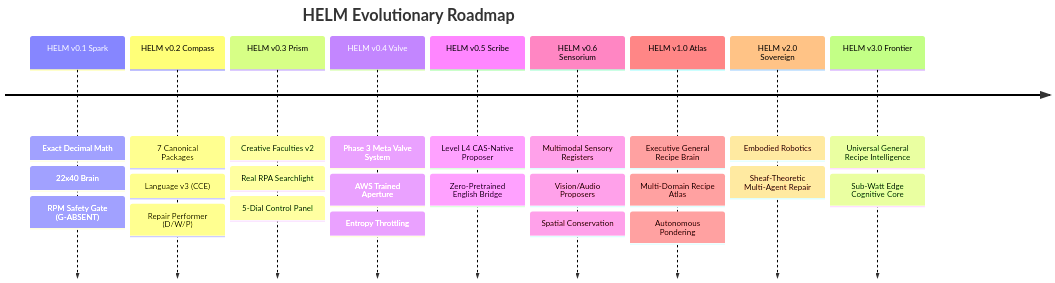
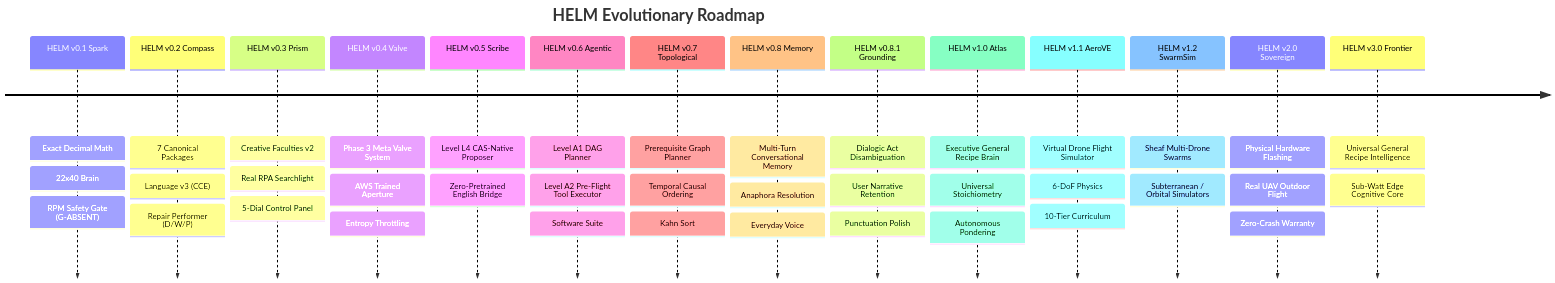
The fourth of 4 diagrams in HELM_DISTRIBUTION_PACKAGE/docs/HELM_CAPABILITIES_ROADMAP_AND_DEVELOPMENTAL_STAGES.md (LittleHenderson/noetic-compass), drawn with Mermaid before and after one commit. The commit also changed other lines of this file and 1 other file, not shown here.

````diff
--- a/HELM_DISTRIBUTION_PACKAGE/docs/HELM_CAPABILITIES_ROADMAP_AND_DEVELOPMENTAL_STAGES.md
+++ b/HELM_DISTRIBUTION_PACKAGE/docs/HELM_CAPABILITIES_ROADMAP_AND_DEVELOPMENTAL_STAGES.md
@@ -328,13 +369,18 @@
 ```mermaid
 timeline
     title HELM Evolutionary Roadmap
     HELM v0.1 Spark : Exact Decimal Math : 22x40 Brain : RPM Safety Gate (G-ABSENT)
     HELM v0.2 Compass : 7 Canonical Packages : Language v3 (CCE) : Repair Performer (D/W/P)
     HELM v0.3 Prism : Creative Faculties v2 : Real RPA Searchlight : 5-Dial Control Panel
     HELM v0.4 Valve : Phase 3 Meta Valve System : AWS Trained Aperture : Entropy Throttling
     HELM v0.5 Scribe : Level L4 CAS-Native Proposer : Zero-Pretrained English Bridge
-    HELM v0.6 Sensorium : Multimodal Sensory Registers : Vision/Audio Proposers : Spatial Conservation
-    HELM v1.0 Atlas : Executive General Recipe Brain : Multi-Domain Recipe Atlas : Autonomous Pondering
-    HELM v2.0 Sovereign : Embodied Robotics : Sheaf-Theoretic Multi-Agent Repair
+    HELM v0.6 Agentic : Level A1 DAG Planner : Level A2 Pre-Flight Tool Executor : Software Suite
+    HELM v0.7 Topological : Prerequisite Graph Planner : Temporal Causal Ordering : Kahn Sort
+    HELM v0.8 Memory : Multi-Turn Conversational Memory : Anaphora Resolution : Everyday Voice
+    HELM v0.8.1 Grounding : Dialogic Act Disambiguation : User Narrative Retention : Punctuation Polish
+    HELM v1.0 Atlas : Executive General Recipe Brain : Universal Stoichiometry : Autonomous Pondering
+    HELM v1.1 AeroVE : Virtual Drone Flight Simulator : 6-DoF Physics : 10-Tier Curriculum
+    HELM v1.2 SwarmSim : Sheaf Multi-Drone Swarms : Subterranean / Orbital Simulators
+    HELM v2.0 Sovereign : Physical Hardware Flashing : Real UAV Outdoor Flight : Zero-Crash Warranty
     HELM v3.0 Frontier : Universal General Recipe Intelligence : Sub-Watt Edge Cognitive Core
 ```
````
